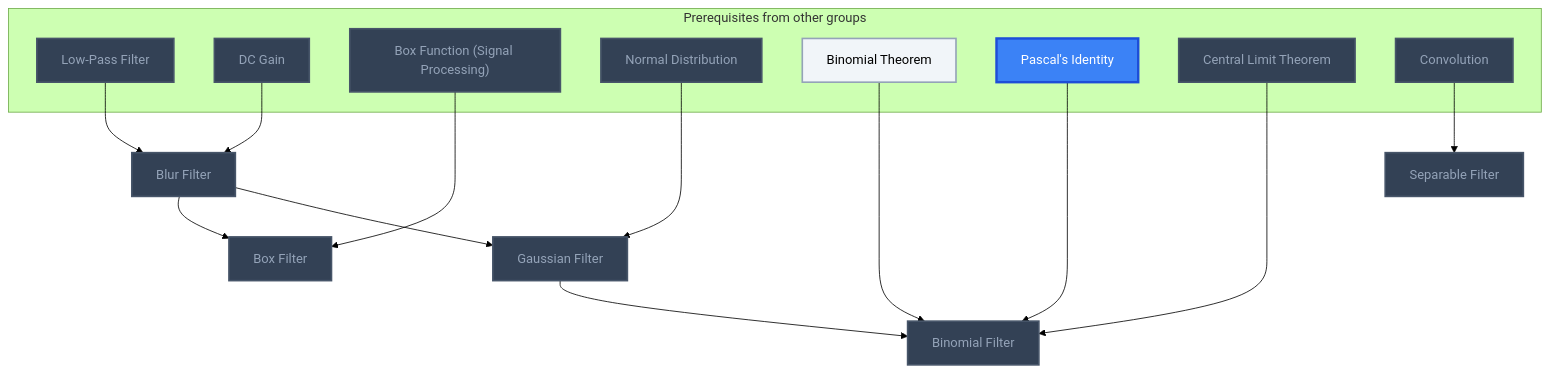
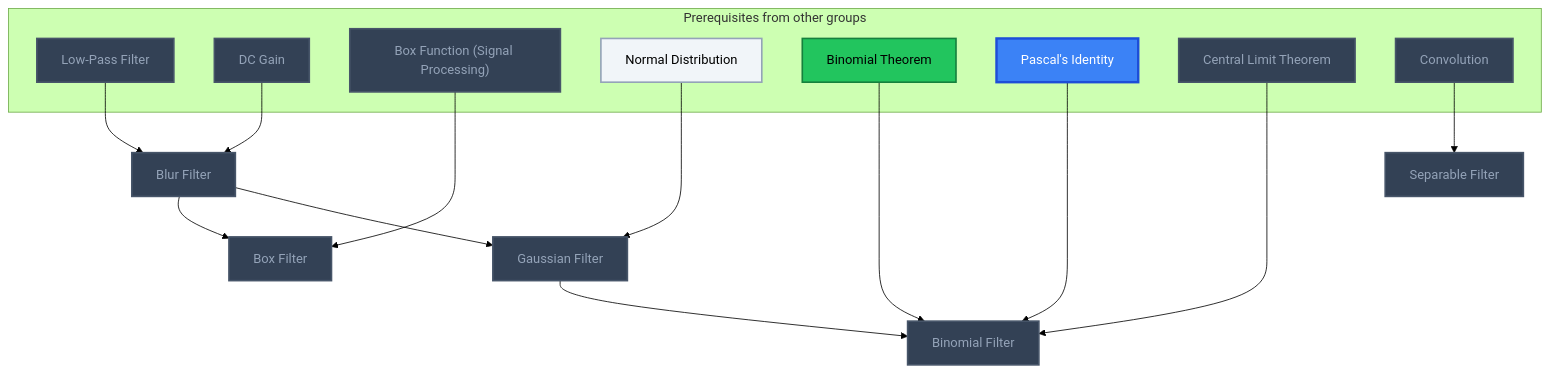
Before and after one commit to MRauf1/My-Notes: the sixth of 11 diagrams in Gamification/Skill Trees/Computer Vision.md, drawn with Mermaid (forest theme). The commit also changed other lines of this file and 145 other files, not shown here.

````diff
--- a/Gamification/Skill Trees/Computer Vision.md
+++ b/Gamification/Skill Trees/Computer Vision.md
@@ -313,42 +314,43 @@
 ```mermaid
 flowchart TD
     classDef planned fill:#1E293B,stroke:#64748B,stroke-width:2px,stroke-dasharray:5 5,color:#94A3B8;
     classDef locked fill:#334155,stroke:#475569,stroke-width:2px,color:#94A3B8;
     classDef L0 fill:#F1F5F9,stroke:#94A3B8,stroke-width:2px,color:#000000;
     classDef L1 fill:#22C55E,stroke:#15803D,stroke-width:2px,color:#000000;
     classDef L2 fill:#3B82F6,stroke:#1D4ED8,stroke-width:3px,color:#FFFFFF;
     classDef L3 fill:#A855F7,stroke:#6B21A8,stroke-width:3px,color:#FFFFFF,font-weight:bold;
     classDef L4 fill:#F97316,stroke:#C2410C,stroke-width:4px,color:#000000,font-weight:bold;
     classDef L5 fill:#FFD700,stroke:#FF8C00,stroke-width:5px,color:#000000,font-weight:bold;
     classDef rusty stroke:#8B4513,stroke-width:4px,stroke-dasharray:3 3;
     subgraph sg_prereqs["Prerequisites from other groups"]
         n_low_pass_filter["Low-Pass Filter"]
         n_dc_gain["DC Gain"]
         n_box_function_signal_processing["Box Function (Signal Processing)"]
         n_normal_distribution["Normal Distribution"]
         n_binomial_theorem["Binomial Theorem"]
         n_pascal_s_identity["Pascal's Identity"]
         n_central_limit_theorem["Central Limit Theorem"]
         n_convolution["Convolution"]
     end
     n_blur_filter["Blur Filter"]
     n_box_filter["Box Filter"]
     n_gaussian_filter["Gaussian Filter"]
     n_binomial_filter["Binomial Filter"]
     n_separable_filter["Separable Filter"]
     n_low_pass_filter --> n_blur_filter
     n_dc_gain --> n_blur_filter
     n_box_function_signal_processing --> n_box_filter
     n_blur_filter --> n_box_filter
     n_normal_distribution --> n_gaussian_filter
     n_blur_filter --> n_gaussian_filter
     n_binomial_theorem --> n_binomial_filter
     n_pascal_s_identity --> n_binomial_filter
     n_central_limit_theorem --> n_binomial_filter
     n_gaussian_filter --> n_binomial_filter
     n_convolution --> n_separable_filter
-    class n_low_pass_filter,n_dc_gain,n_box_function_signal_processing,n_normal_distribution,n_central_limit_theorem,n_convolution,n_blur_filter,n_box_filter,n_gaussian_filter,n_binomial_filter,n_separable_filter locked;
-    class n_binomial_theorem L0;
+    class n_low_pass_filter,n_dc_gain,n_box_function_signal_processing,n_central_limit_theorem,n_convolution,n_blur_filter,n_box_filter,n_gaussian_filter,n_binomial_filter,n_separable_filter locked;
+    class n_normal_distribution L0;
+    class n_binomial_theorem L1;
     class n_pascal_s_identity L2;
     class n_low_pass_filter,n_dc_gain,n_box_function_signal_processing,n_normal_distribution,n_binomial_theorem,n_pascal_s_identity,n_central_limit_theorem,n_convolution,n_blur_filter,n_box_filter,n_gaussian_filter,n_binomial_filter,n_separable_filter internal-link;
 ```
````
